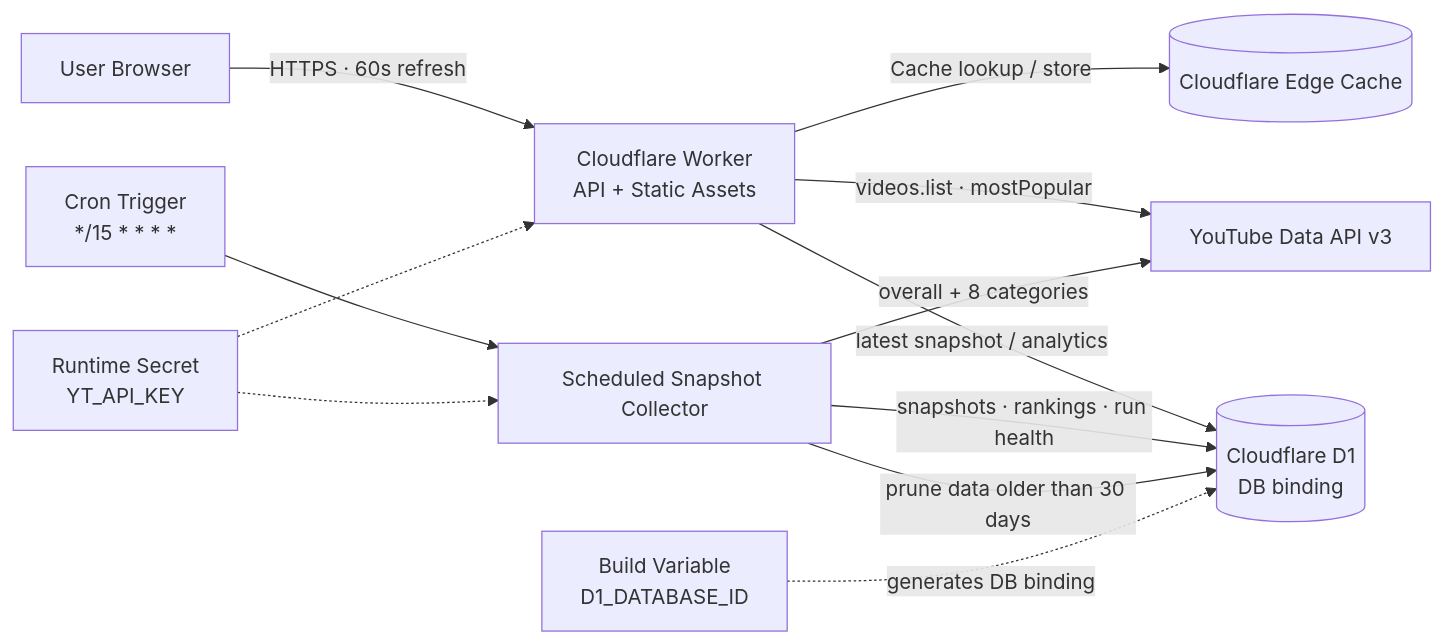
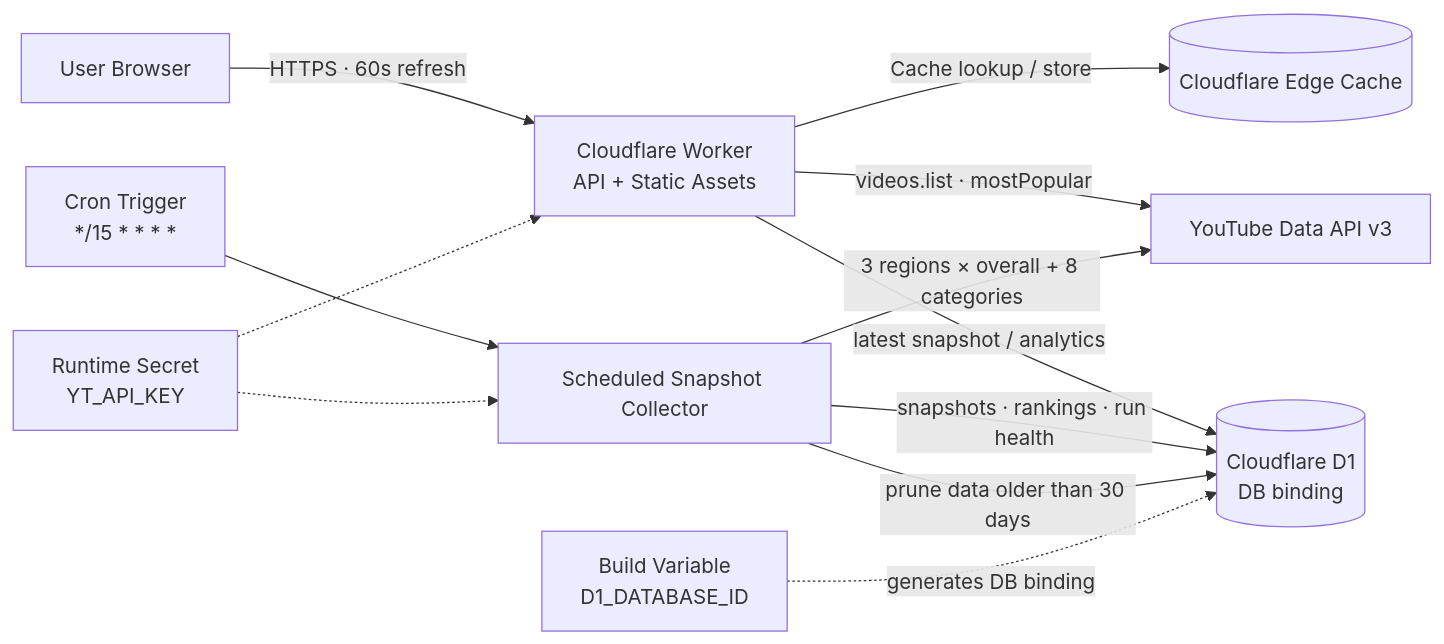
Before and after one commit to BokEumEom/pulsetube-radar: the diagram in README.md, drawn with Mermaid. The commit also changed other lines of this file, not shown here.

````diff
--- a/README.md
+++ b/README.md
@@ -39,16 +39,16 @@
 ```mermaid
 flowchart LR
     U["User Browser"] -->|"HTTPS · 60s refresh"| W["Cloudflare Worker<br/>API + Static Assets"]
     W -->|"Cache lookup / store"| C[("Cloudflare Edge Cache")]
     W -->|"videos.list · mostPopular"| Y["YouTube Data API v3"]
     W -->|"latest snapshot / analytics"| D[("Cloudflare D1<br/>DB binding")]
 
     T["Cron Trigger<br/>*/15 * * * *"] --> S["Scheduled Snapshot Collector"]
-    S -->|"overall + 8 categories"| Y
+    S -->|"3 regions × overall + 8 categories"| Y
     S -->|"snapshots · rankings · run health"| D
     S -->|"prune data older than 30 days"| D
 
     R["Runtime Secret<br/>YT_API_KEY"] -.-> W
     R -.-> S
     B["Build Variable<br/>D1_DATABASE_ID"] -.->|"generates DB binding"| D
 ```
````
